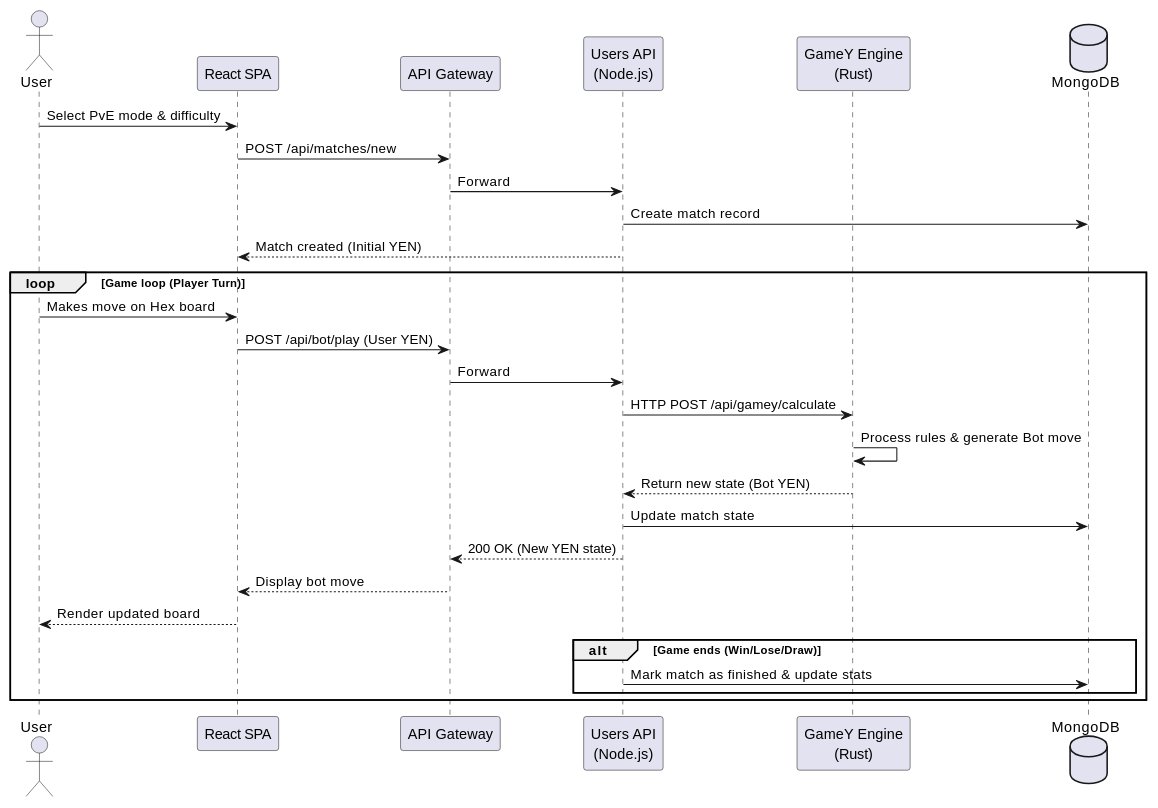
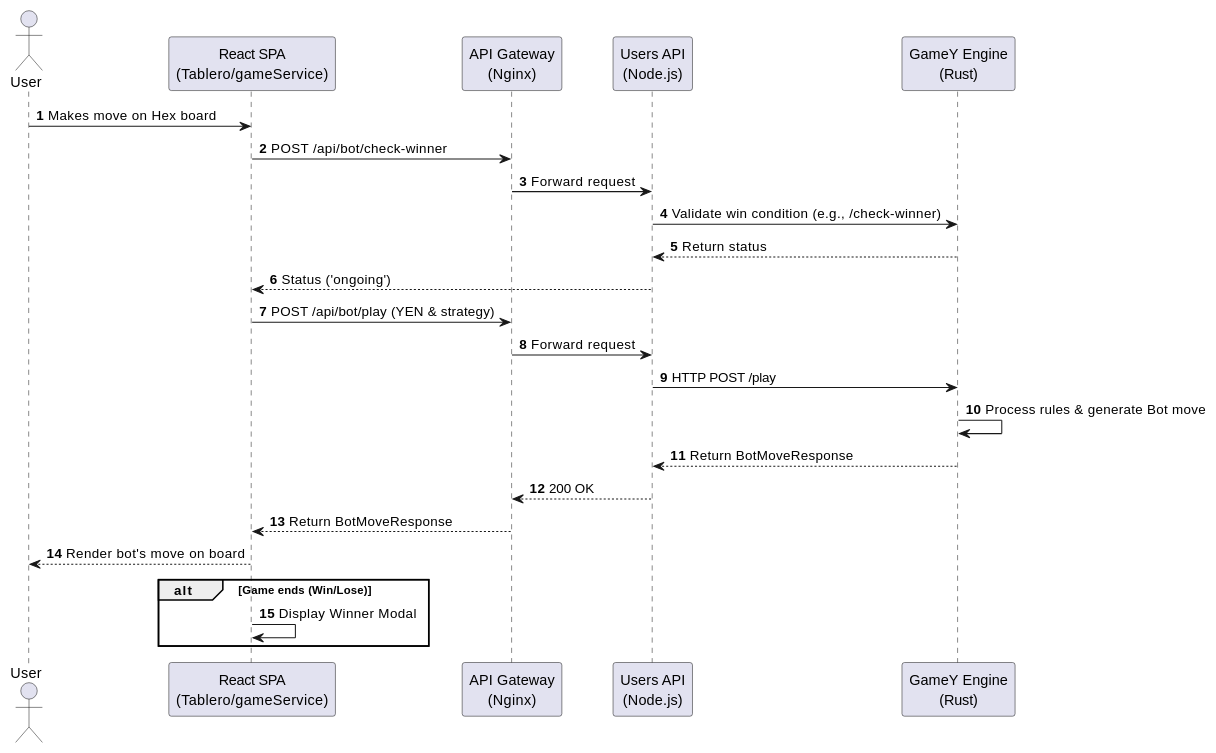
Before and after one commit to Arquisoft/yovi_es1a: the second of 5 diagrams in docs/src/06_runtime_view.adoc, drawn with PlantUML. The commit also changed other lines of this file and 1 other file, not shown here.

```diff
--- a/docs/src/06_runtime_view.adoc
+++ b/docs/src/06_runtime_view.adoc
@@ -48,34 +53,31 @@
 [plantuml]
 ----
 @startuml
+autonumber
 actor User
-participant "React SPA" as WebApp
-participant "API Gateway" as Gateway
+participant "React SPA\n(Tablero/gameService)" as WebApp
+participant "API Gateway\n(Nginx)" as Gateway
 participant "Users API\n(Node.js)" as UsersService
 participant "GameY Engine\n(Rust)" as Gamey
-database MongoDB as Db
 
-User -> WebApp: Select PvE mode & difficulty
-WebApp -> Gateway: POST /api/matches/new
-Gateway -> UsersService: Forward
-UsersService -> Db: Create match record
-UsersService --> WebApp: Match created (Initial YEN)
+User -> WebApp: Makes move on Hex board
+WebApp -> Gateway: POST /api/bot/check-winner
+Gateway -> UsersService: Forward request
+UsersService -> Gamey: Validate win condition (e.g., /check-winner)
+Gamey --> UsersService: Return status
+UsersService --> WebApp: Status ('ongoing')
 
-loop Game loop (Player Turn)
-    User -> WebApp: Makes move on Hex board
-    WebApp -> Gateway: POST /api/bot/play (User YEN)
-    Gateway -> UsersService: Forward
-    UsersService -> Gamey: HTTP POST /api/gamey/calculate
-    Gamey -> Gamey: Process rules & generate Bot move
-    Gamey --> UsersService: Return new state (Bot YEN)
-    UsersService -> Db: Update match state
-    UsersService --> Gateway: 200 OK (New YEN state)
-    Gateway --> WebApp: Display bot move
-    WebApp --> User: Render updated board
+WebApp -> Gateway: POST /api/bot/play (YEN & strategy)
+Gateway -> UsersService: Forward request
+UsersService -> Gamey: HTTP POST /play
+Gamey -> Gamey: Process rules & generate Bot move
+Gamey --> UsersService: Return BotMoveResponse
+UsersService --> Gateway: 200 OK
+Gateway --> WebApp: Return BotMoveResponse
+WebApp --> User: Render bot's move on board
 
-    alt Game ends (Win/Lose/Draw)
-        UsersService -> Db: Mark match as finished & update stats
-    end
+alt Game ends (Win/Lose)
+    WebApp -> WebApp: Display Winner Modal
 end
 @enduml
 ----
```
